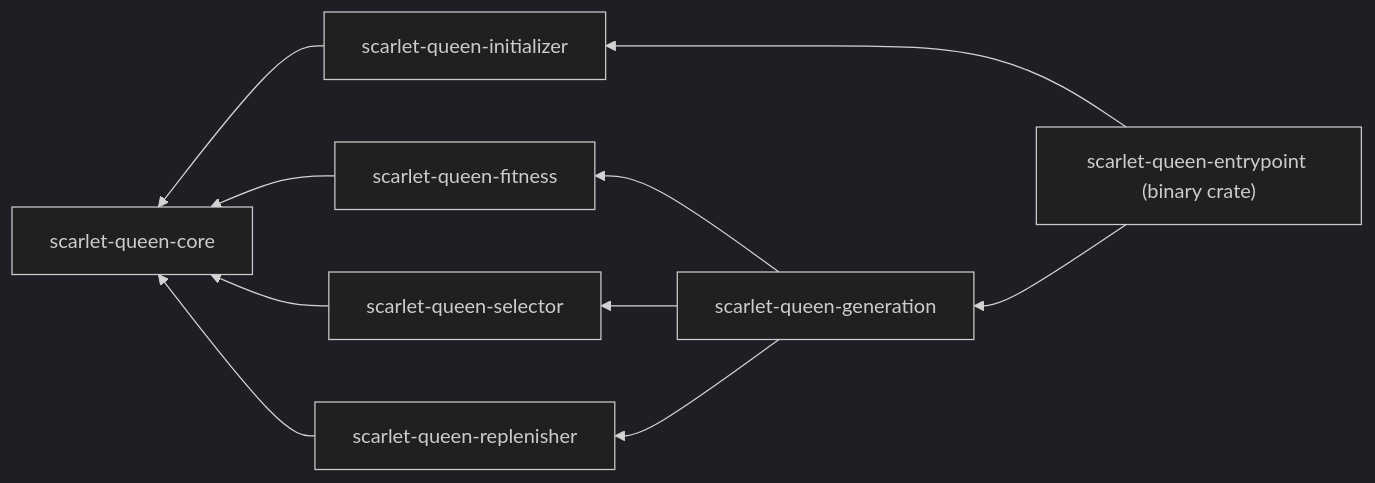
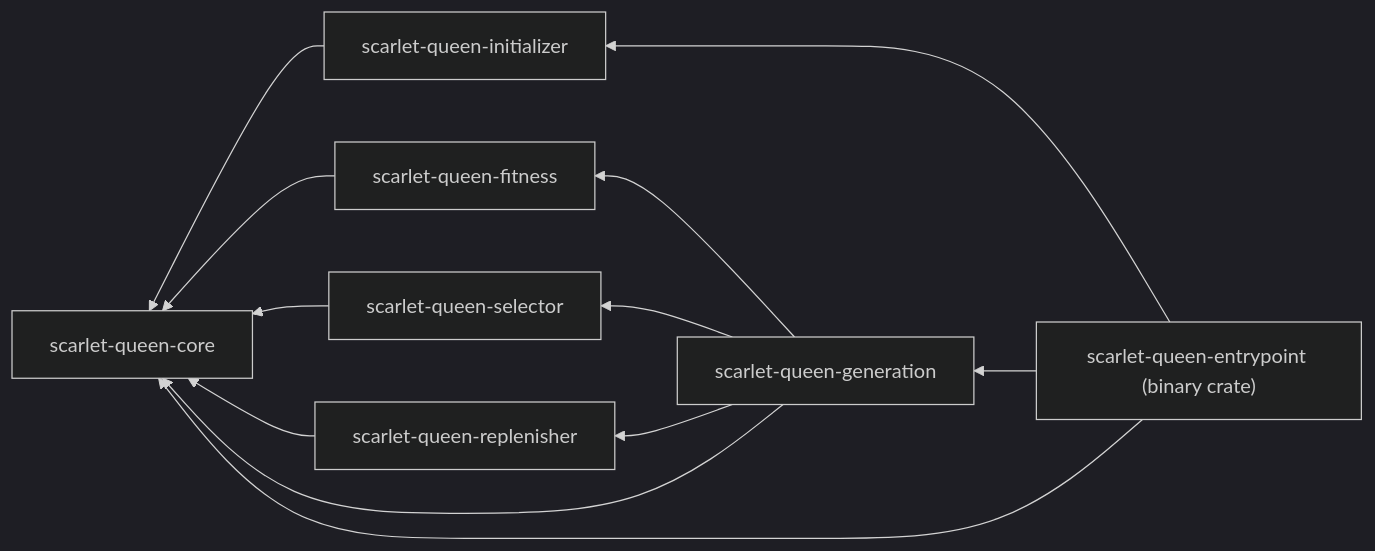
Before and after one commit to pokemon-GA/scarlet-queen: the first of 3 diagrams in README.md, drawn with Mermaid (dark theme).

````diff
--- a/README.md
+++ b/README.md
@@ -13,14 +13,16 @@
 ```mermaid
 flowchart RL
     initializer[scarlet-queen-initializer] --> core[scarlet-queen-core]
     fitness[scarlet-queen-fitness] --> core[scarlet-queen-core]
     selector[scarlet-queen-selector] --> core[scarlet-queen-core]
     replenisher[scarlet-queen-replenisher] --> core[scarlet-queen-core]
+    generation[scarlet-queen-generation] --> core[scarlet-queen-core]
+    entrypoint["scarlet-queen-entrypoint (binary crate)"] --> core[scarlet-queen-core]
 
     generation[scarlet-queen-generation] --> fitness[scarlet-queen-fitness]
     generation[scarlet-queen-generation] --> selector[scarlet-queen-selector]
     generation[scarlet-queen-generation] --> replenisher[scarlet-queen-replenisher]
 
     entrypoint["scarlet-queen-entrypoint (binary crate)"] --> initializer[scarlet-queen-initializer]
     entrypoint["scarlet-queen-entrypoint (binary crate)"] --> generation[scarlet-queen-generation]
 ```
````
